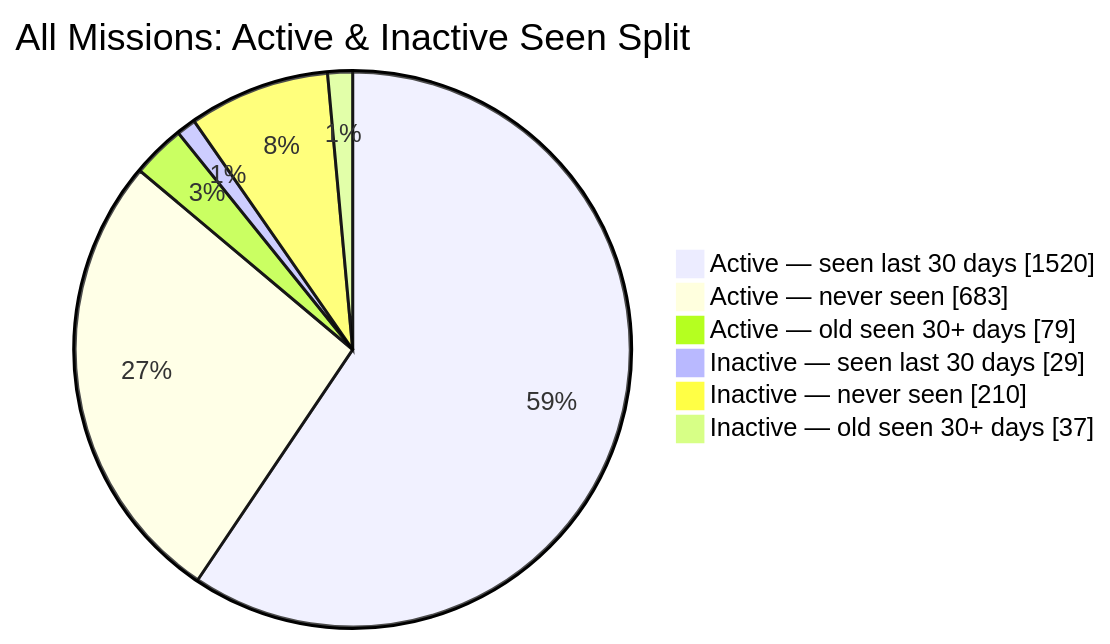
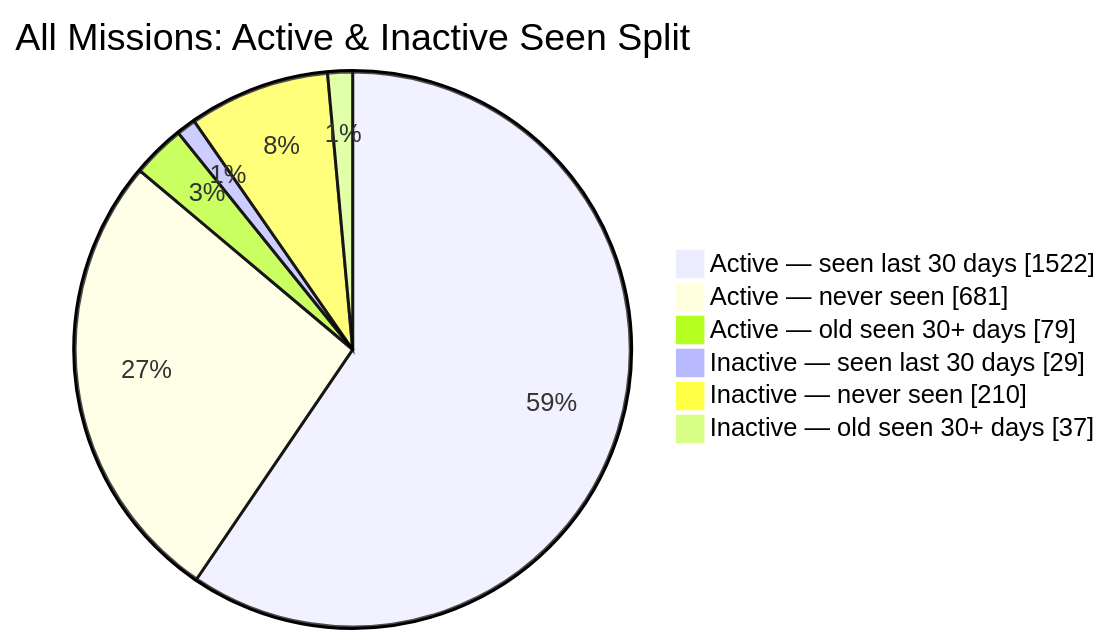
The second of 2 diagrams in README.md (MeldkamerspelGameTeam/active-missions), drawn with Mermaid before and after one commit. The commit also changed other lines of this file and 2 other files, not shown here.

````diff
--- a/README.md
+++ b/README.md
@@ -44,10 +44,10 @@
 ```mermaid
 pie showData
     title All Missions: Active & Inactive Seen Split
-    "Active — seen last 30 days" : 1520
-    "Active — never seen" : 683
+    "Active — seen last 30 days" : 1522
+    "Active — never seen" : 681
     "Active — old seen 30+ days" : 79
     "Inactive — seen last 30 days" : 29
     "Inactive — never seen" : 210
     "Inactive — old seen 30+ days" : 37
 ```
````
